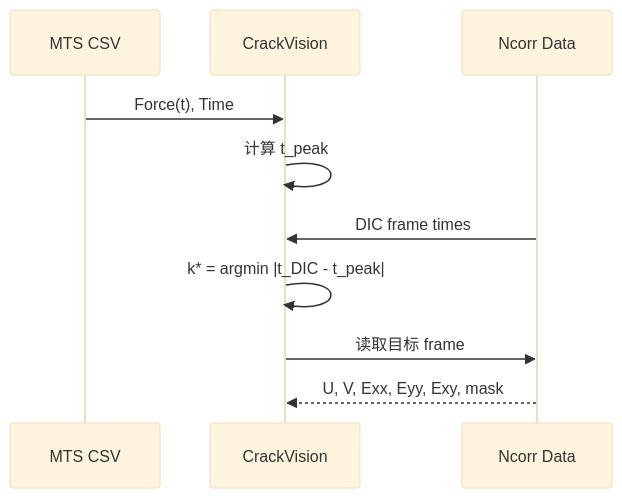
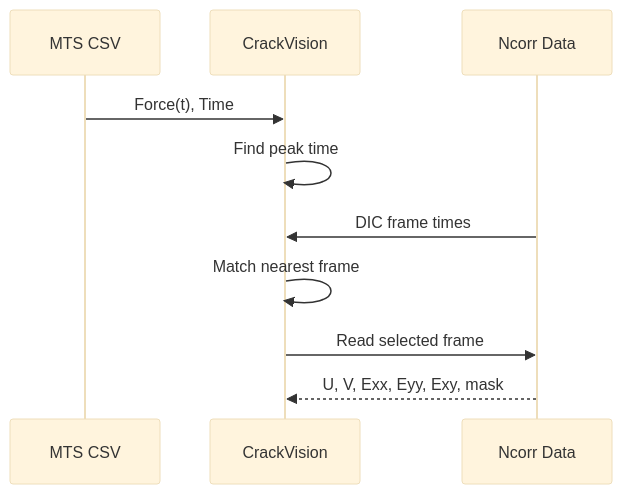
One commit to liqinglq666/CrackVision-DIC changed the second of 6 diagrams in README.md. Above: the diagram before and after it, drawn with Mermaid (base theme). The commit also changed other lines of this file, not shown here.

Commit message:
docs: fix GitHub README math rendering and simplify diagrams

````diff
--- a/README.md
+++ b/README.md
@@ -170,13 +143,13 @@
 ```mermaid
 sequenceDiagram
     participant MTS as MTS CSV
     participant CV as CrackVision
     participant DIC as Ncorr Data
 
     MTS->>CV: Force(t), Time
-    CV->>CV: 计算 t_peak
+    CV->>CV: Find peak time
     DIC->>CV: DIC frame times
-    CV->>CV: k* = argmin |t_DIC - t_peak|
-    CV->>DIC: 读取目标 frame
+    CV->>CV: Match nearest frame
+    CV->>DIC: Read selected frame
     DIC-->>CV: U, V, Exx, Eyy, Exy, mask
 ```
````
